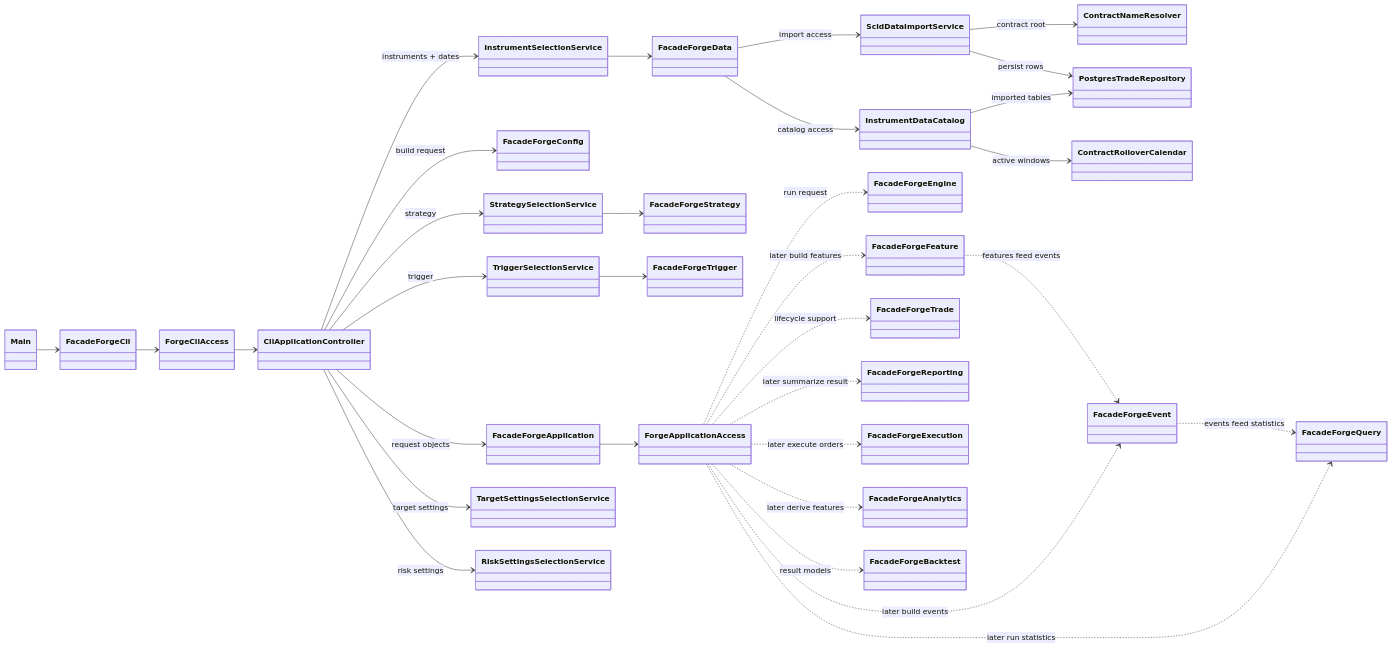
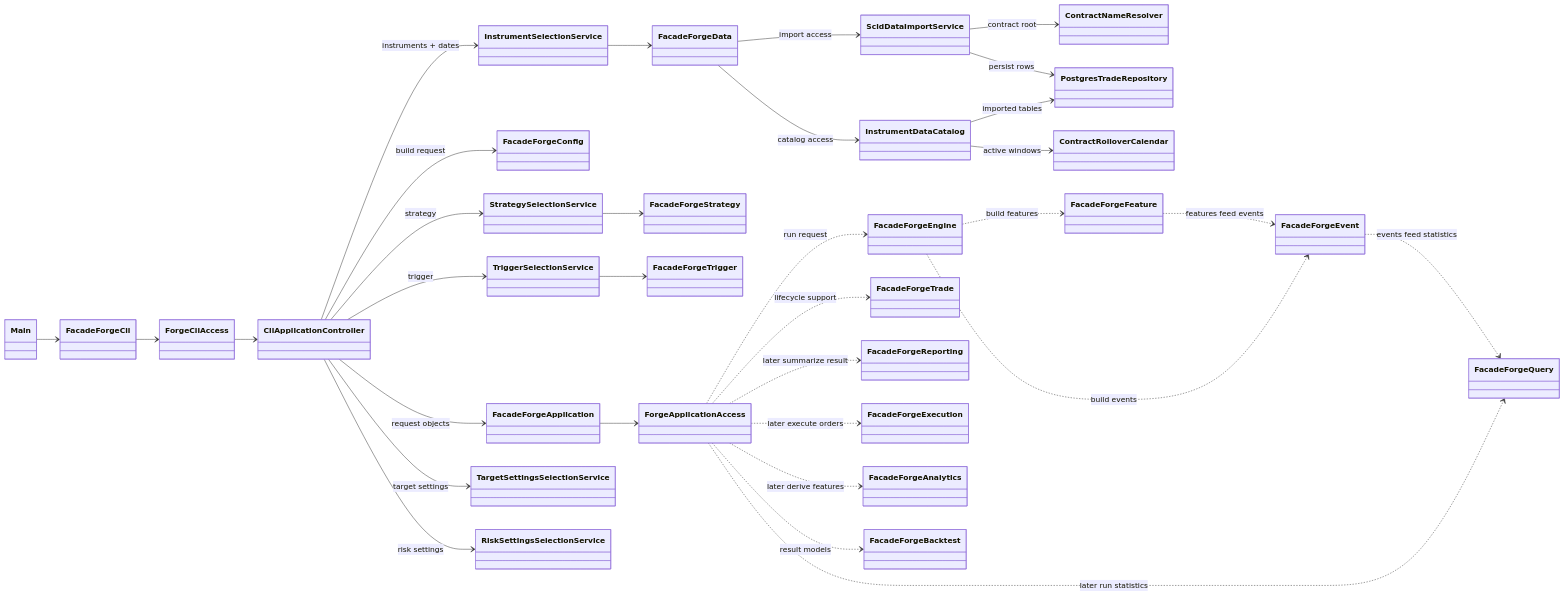
One commit to probst-paul/FORGE changed the first of 22 diagrams in class-model.md. Above: the diagram before and after it, drawn with Mermaid. The commit also changed other lines of this file and 14 other files, not shown here.

````diff
--- a/class-model.md
+++ b/class-model.md
@@ -5,68 +5,68 @@
 ```mermaid
 classDiagram
     direction LR
 
     class Main
     class FacadeForgeCli
     class ForgeCliAccess
     class CliApplicationController
     class FacadeForgeApplication
     class FacadeForgeConfig
     class FacadeForgeData
     class InstrumentDataCatalog
     class ContractNameResolver
     class ScidDataImportService
     class PostgresTradeRepository
     class ContractRolloverCalendar
     class FacadeForgeStrategy
     class FacadeForgeTrigger
     class FacadeForgeEngine
     class FacadeForgeFeature
     class FacadeForgeEvent
     class FacadeForgeQuery
     class FacadeForgeTrade
     class FacadeForgeReporting
     class FacadeForgeExecution
     class FacadeForgeAnalytics
     class FacadeForgeBacktest
     class ForgeApplicationAccess
     class InstrumentSelectionService
     class StrategySelectionService
     class TriggerSelectionService
     class TargetSettingsSelectionService
     class RiskSettingsSelectionService
 
     Main --> FacadeForgeCli
     FacadeForgeCli --> ForgeCliAccess
     ForgeCliAccess --> CliApplicationController
     CliApplicationController --> FacadeForgeApplication : request objects
     FacadeForgeApplication --> ForgeApplicationAccess
     CliApplicationController --> InstrumentSelectionService : instruments + dates
     CliApplicationController --> StrategySelectionService : strategy
     CliApplicationController --> RiskSettingsSelectionService : risk settings
     CliApplicationController --> TriggerSelectionService : trigger
     CliApplicationController --> TargetSettingsSelectionService : target settings
     CliApplicationController --> FacadeForgeConfig : build request
 
     InstrumentSelectionService --> FacadeForgeData
     FacadeForgeData --> InstrumentDataCatalog : catalog access
     FacadeForgeData --> ScidDataImportService : import access
     InstrumentDataCatalog --> PostgresTradeRepository : imported tables
     InstrumentDataCatalog --> ContractRolloverCalendar : active windows
     ScidDataImportService --> ContractNameResolver : contract root
     ScidDataImportService --> PostgresTradeRepository : persist rows
     StrategySelectionService --> FacadeForgeStrategy
     TriggerSelectionService --> FacadeForgeTrigger
 
     ForgeApplicationAccess ..> FacadeForgeEngine : run request
-    ForgeApplicationAccess ..> FacadeForgeFeature : later build features
-    ForgeApplicationAccess ..> FacadeForgeEvent : later build events
+    FacadeForgeEngine ..> FacadeForgeFeature : build features
+    FacadeForgeEngine ..> FacadeForgeEvent : build events
     ForgeApplicationAccess ..> FacadeForgeQuery : later run statistics
     ForgeApplicationAccess ..> FacadeForgeTrade : lifecycle support
     ForgeApplicationAccess ..> FacadeForgeExecution : later execute orders
     ForgeApplicationAccess ..> FacadeForgeReporting : later summarize result
     ForgeApplicationAccess ..> FacadeForgeAnalytics : later derive features
     ForgeApplicationAccess ..> FacadeForgeBacktest : result models
     FacadeForgeFeature ..> FacadeForgeEvent : features feed events
     FacadeForgeEvent ..> FacadeForgeQuery : events feed statistics
 ```
````
